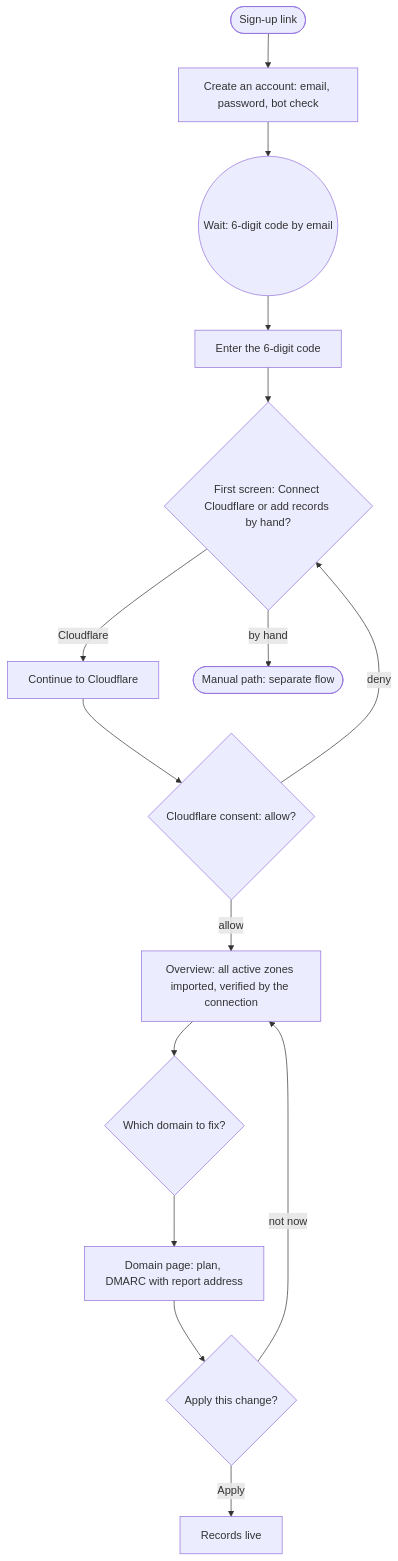
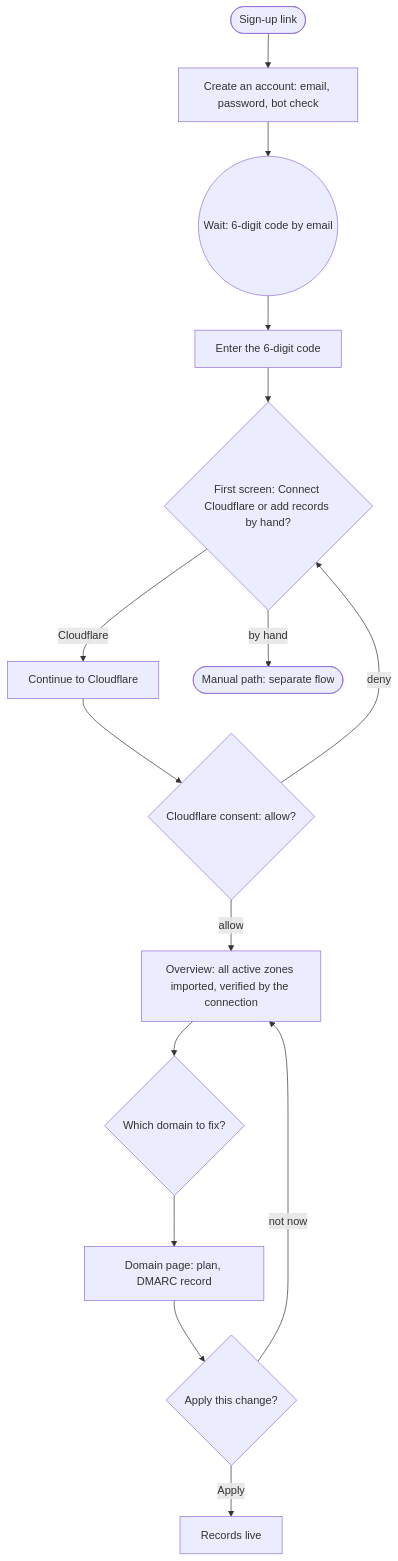
Before and after one commit to fellowship-dev/ready-set-mail: the diagram in .flowchad/flows/signup-to-records-live-cloudflare.map.md, drawn with Mermaid. The commit also changed other lines of this file and 32 other files, not shown here.

````diff
--- a/.flowchad/flows/signup-to-records-live-cloudflare.map.md
+++ b/.flowchad/flows/signup-to-records-live-cloudflare.map.md
@@ -7,17 +7,17 @@
 ```mermaid
 flowchart TD
   entry([Sign-up link]) --> signup[Create an account: email, password, bot check]
   signup --> mail((Wait: 6-digit code by email))
   mail --> code[Enter the 6-digit code]
   code --> first{First screen: Connect Cloudflare or add records by hand?}
   first -->|Cloudflare| cont[Continue to Cloudflare]
   first -->|by hand| manual([Manual path: separate flow])
   cont --> consent{Cloudflare consent: allow?}
   consent -->|deny| first
   consent -->|allow| imported[Overview: all active zones imported, verified by the connection]
   imported --> pick{Which domain to fix?}
-  pick --> domain[Domain page: plan, DMARC with report address]
+  pick --> domain[Domain page: plan, DMARC record]
   domain --> apply{Apply this change?}
   apply -->|not now| imported
   apply -->|Apply| live[Records live]:::value
 ```
````
